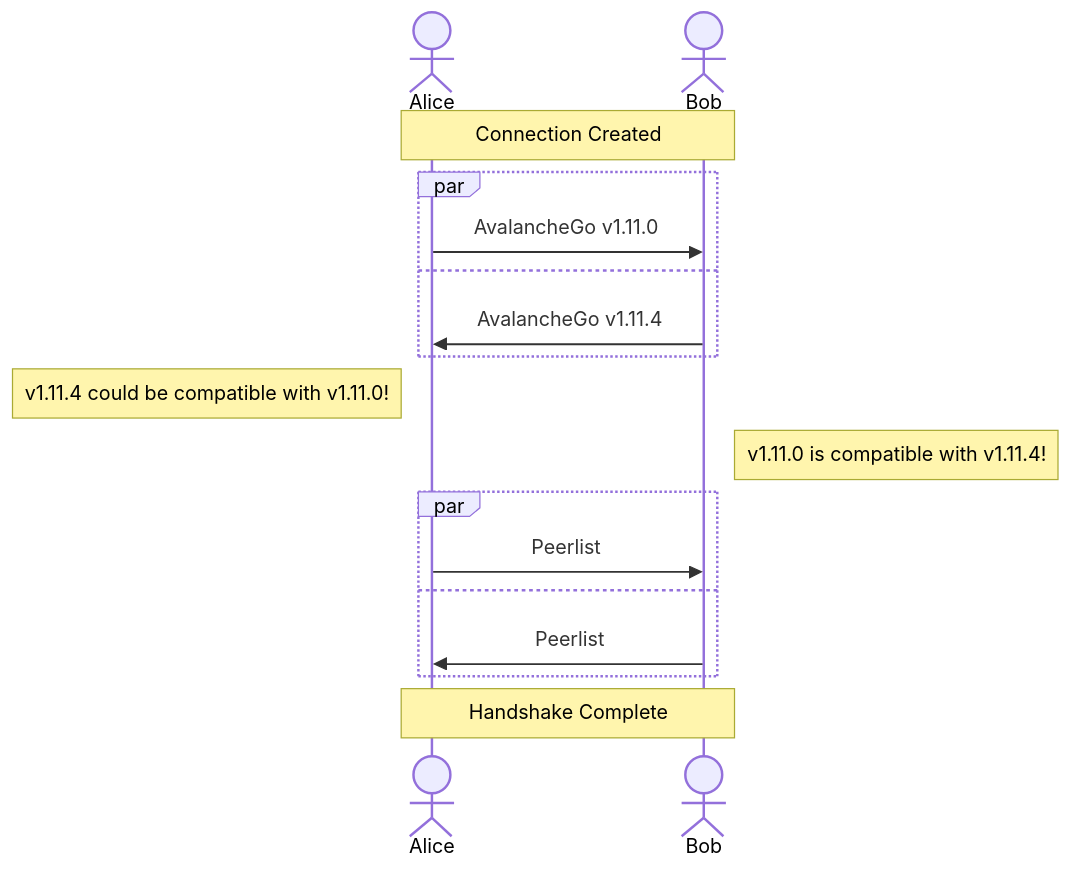
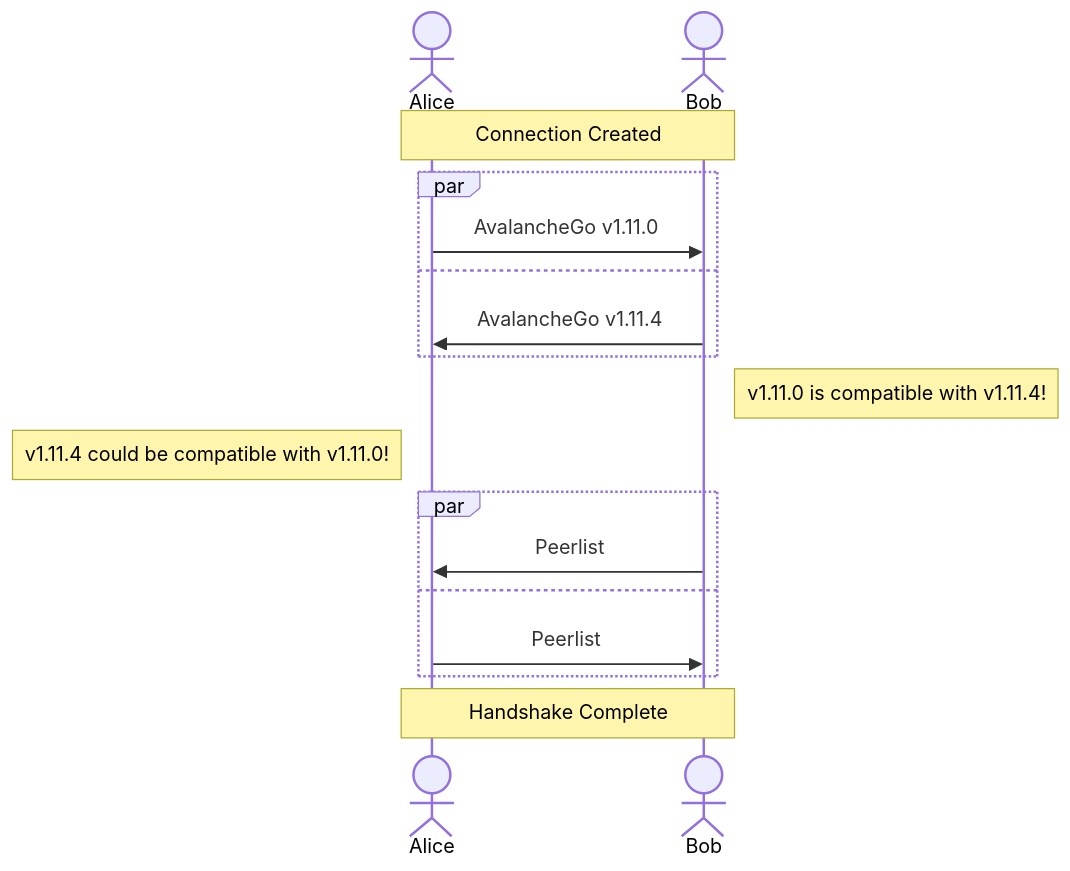
The third of 7 diagrams in network/README.md (ava-labs/avalanchego), drawn with Mermaid before and after one commit. The commit also changed other lines of this file, not shown here.

````diff
--- a/network/README.md
+++ b/network/README.md
@@ -78,19 +78,19 @@
 ```mermaid
 sequenceDiagram
     actor Alice
     actor Bob
     Note over Alice,Bob: Connection Created
     par
         Alice->>Bob: AvalancheGo v1.11.0
     and
         Bob->>Alice: AvalancheGo v1.11.4
     end
+    Note right of Bob: v1.11.0 is compatible with v1.11.4!
     Note left of Alice: v1.11.4 could be compatible with v1.11.0!
-    Note right of Bob: v1.11.0 is compatible with v1.11.4!
     par
+        Bob->>Alice: Peerlist
+    and
         Alice->>Bob: Peerlist
-    and
-        Bob->>Alice: Peerlist
     end
     Note over Alice,Bob: Handshake Complete
 ```
````
